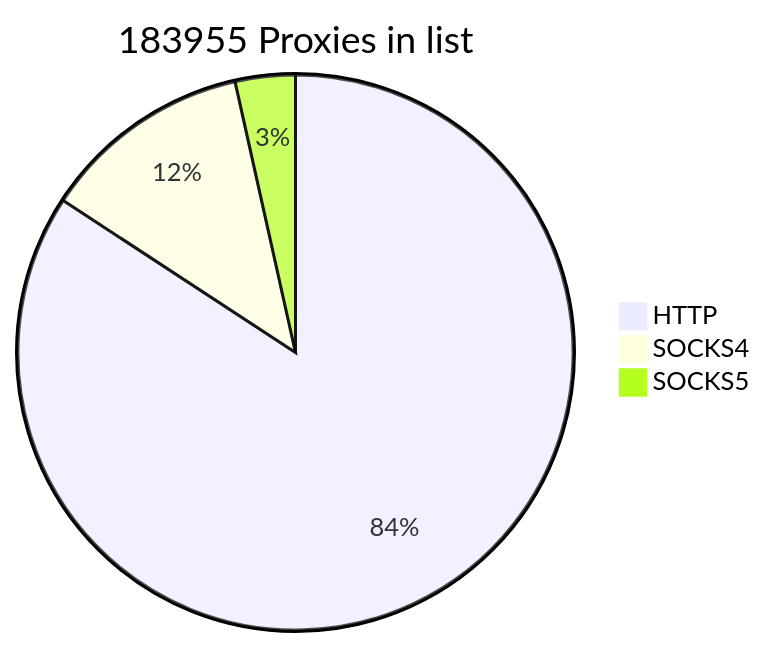
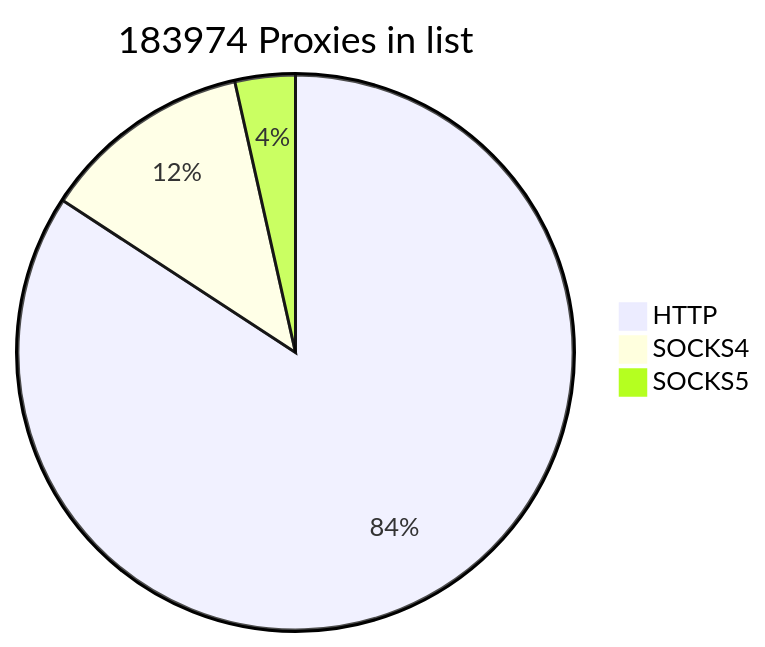
One commit to cutipu/proxylist changed the first of 2 diagrams in README.md. Above: the diagram before and after it, drawn with Mermaid. The commit also changed other lines of this file, not shown here.

````diff
--- a/README.md
+++ b/README.md
@@ -2,7 +2,7 @@
 ```mermaid
-pie title 183955 Proxies in list
-    "HTTP" : 154933
-    "SOCKS4" : 22593
-    "SOCKS5" : 6429
+pie title 183974 Proxies in list
+    "HTTP" : 154930
+    "SOCKS4" : 22591
+    "SOCKS5" : 6453
             
 ```
````
